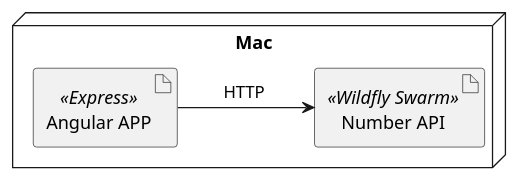
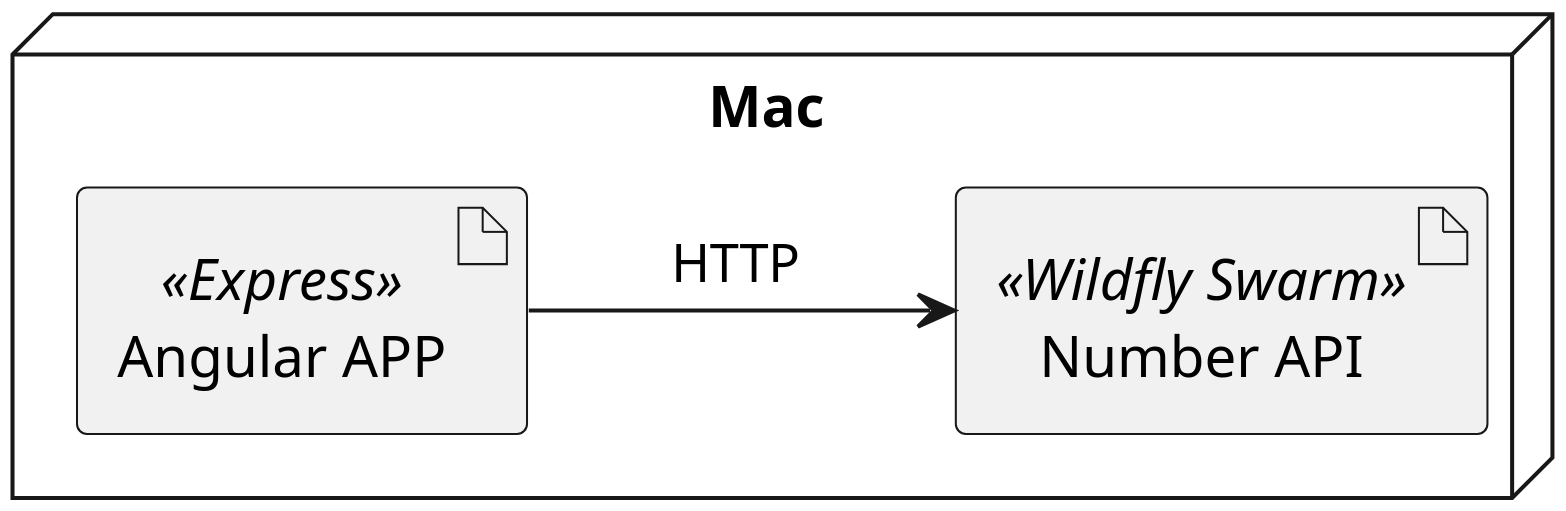
One commit to agoncal/agoncal-formation-microservices changed the diagram in ex-01-rest/docs/src/main/plantuml/architecture.puml. Above: the diagram before and after it, drawn with PlantUML. The commit also changed 9 other files, not shown here.

```diff
--- a/ex-01-rest/docs/src/main/plantuml/architecture.puml
+++ b/ex-01-rest/docs/src/main/plantuml/architecture.puml
@@ -1,10 +1,11 @@
 @startuml
+skinparam dpi 300
 
 node "Mac" as piclient {
     artifact "Angular APP" <<Express>> as angular
 
     artifact "Number API" <<Wildfly Swarm>> as numberapi
 }
 
 angular -> numberapi: "     HTTP      "
 @enduml
```
